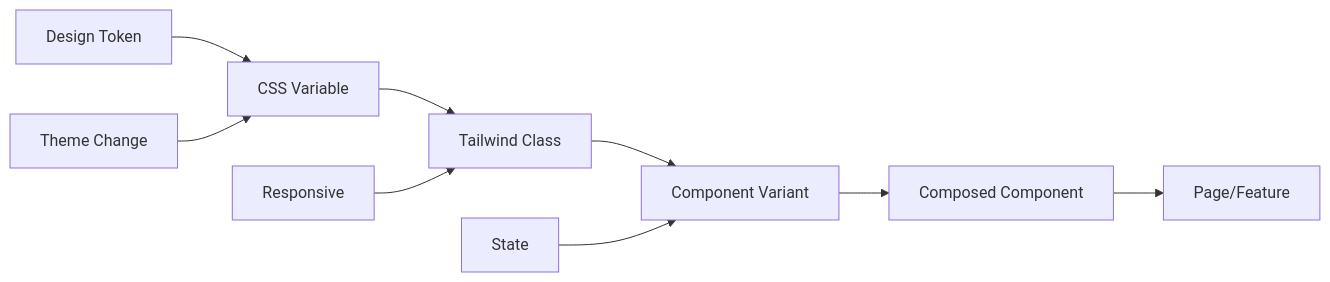
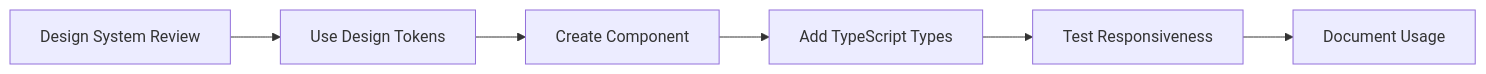
One commit to surya-madhav/portfolio-blog-2025 changed diagram 12 of 12 in docs/frontend-architecture.md. Above: the diagram before and after it, drawn with Mermaid. The commit also changed other lines of this file and 33 other files, not shown here.

Commit message:
Add utility for base URL retrieval, enhance theme selector type safety, and implement revalidation for header and footer

````diff
--- a/docs/frontend-architecture.md
+++ b/docs/frontend-architecture.md
@@ -516,12 +802,8 @@
 ```mermaid
 graph LR
-    A[Design Token] --> B[CSS Variable]
-    B --> C[Tailwind Class]
-    C --> D[Component Variant]
-    D --> E[Composed Component]
-    E --> F[Page/Feature]
-    
-    G[Theme Change] --> B
-    H[Responsive] --> C
-    I[State] --> D
+    Design[Design System Review] --> Token[Use Design Tokens]
+    Token --> Component[Create Component]
+    Component --> Types[Add TypeScript Types]
+    Types --> Test[Test Responsiveness]
+    Test --> Document[Document Usage]
 ```
````
